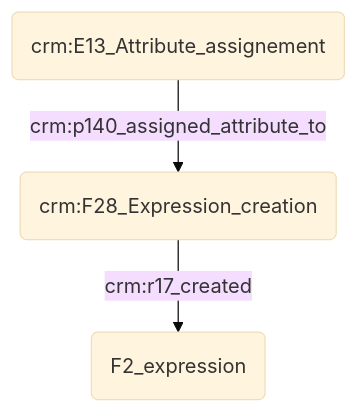
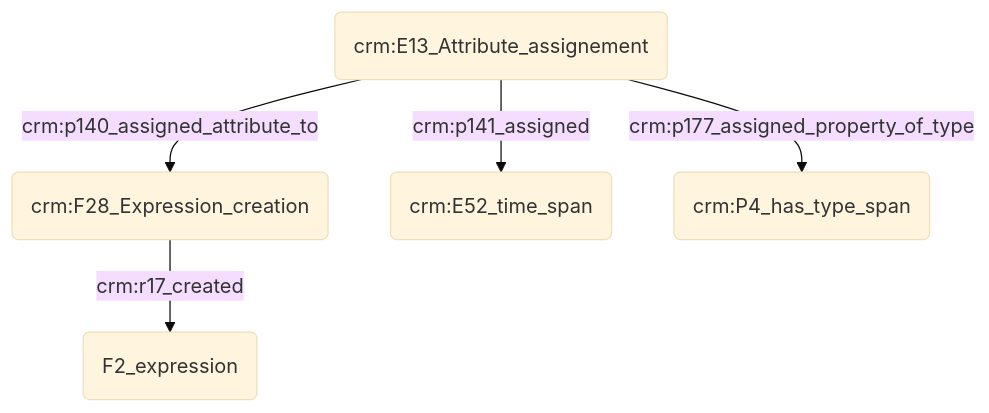
The diagram in modules/dates/2023.09.19_atelier.md (Amleth/consortium-musica2-gt2-ontologies), drawn with Mermaid (base theme) before and after one commit.

````diff
--- a/modules/dates/2023.09.19_atelier.md
+++ b/modules/dates/2023.09.19_atelier.md
@@ -31,6 +31,8 @@
 ```mermaid
 graph TD;
 
 A(crm:F28_Expression_creation) --> |crm:r17_created| B(F2_expression)
 C(crm:E13_Attribute_assignement) --> |crm:p140_assigned_attribute_to| A(crm:F28_Expression_creation)
+C(crm:E13_Attribute_assignement) --> |crm:p141_assigned| D(crm:E52_time_span)
+C(crm:E13_Attribute_assignement) --> |crm:p177_assigned_property_of_type| E(crm:P4_has_type_span)
 ```
````
